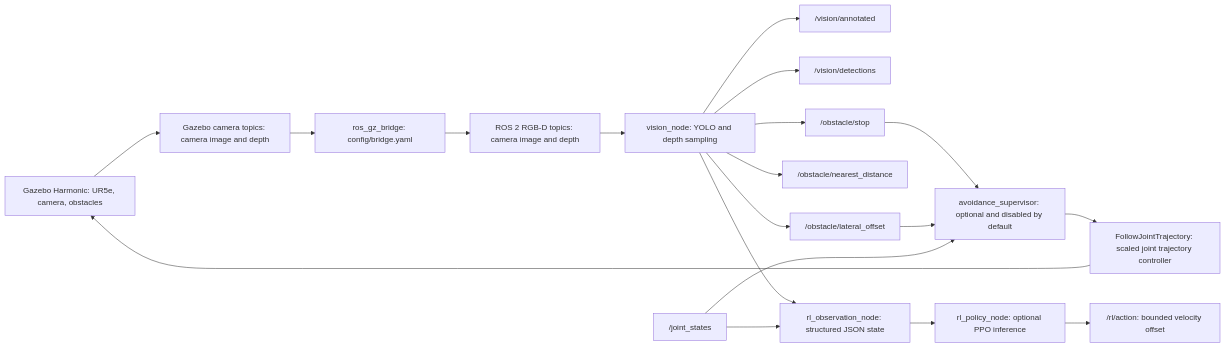
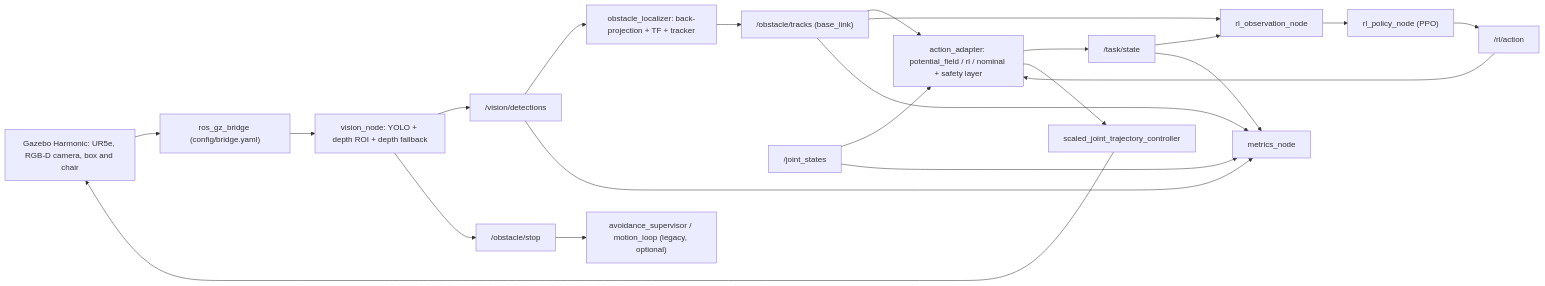
One commit to Druwing/ur_vision_avoidance changed the first of 2 diagrams in README.md. Above: the diagram before and after it, drawn with Mermaid. The commit also changed other lines of this file, not shown here.

````diff
--- a/README.md
+++ b/README.md
@@ -15,21 +49,24 @@
 ```mermaid
 flowchart LR
-    A["Gazebo Harmonic: UR5e, camera, obstacles"] --> B["Gazebo camera topics: camera image and depth"]
-    B --> C["ros_gz_bridge: config/bridge.yaml"]
-    C --> D["ROS 2 RGB-D topics: camera image and depth"]
-    D --> E["vision_node: YOLO and depth sampling"]
-    E --> F["/vision/annotated"]
-    E --> G["/vision/detections"]
-    E --> H["/obstacle/stop"]
-    E --> I["/obstacle/nearest_distance"]
-    E --> J["/obstacle/lateral_offset"]
-    H --> K["avoidance_supervisor: optional and disabled by default"]
-    J --> K
-    L["/joint_states"] --> K
-    K --> M["FollowJointTrajectory: scaled joint trajectory controller"]
-    M --> A
-    E --> N["rl_observation_node: structured JSON state"]
-    L --> N
-    N --> O["rl_policy_node: optional PPO inference"]
-    O --> P["/rl/action: bounded velocity offset"]
+    G["Gazebo Harmonic: UR5e, RGB-D camera, box and chair"] --> B["ros_gz_bridge (config/bridge.yaml)"]
+    B --> V["vision_node: YOLO + depth ROI + depth fallback"]
+    V --> D["/vision/detections"]
+    V --> S["/obstacle/stop"]
+    D --> L["obstacle_localizer: back-projection + TF + tracker"]
+    L --> T["/obstacle/tracks (base_link)"]
+    J["/joint_states"] --> A["action_adapter: potential_field / rl / nominal + safety layer"]
+    T --> A
+    A --> TS["/task/state"]
+    TS --> O["rl_observation_node"]
+    T --> O
+    O --> P["rl_policy_node (PPO)"]
+    P --> RA["/rl/action"]
+    RA --> A
+    A --> C["scaled_joint_trajectory_controller"]
+    C --> G
+    TS --> M["metrics_node"]
+    T --> M
+    D --> M
+    J --> M
+    S --> K["avoidance_supervisor / motion_loop (legacy, optional)"]
 ```
````
